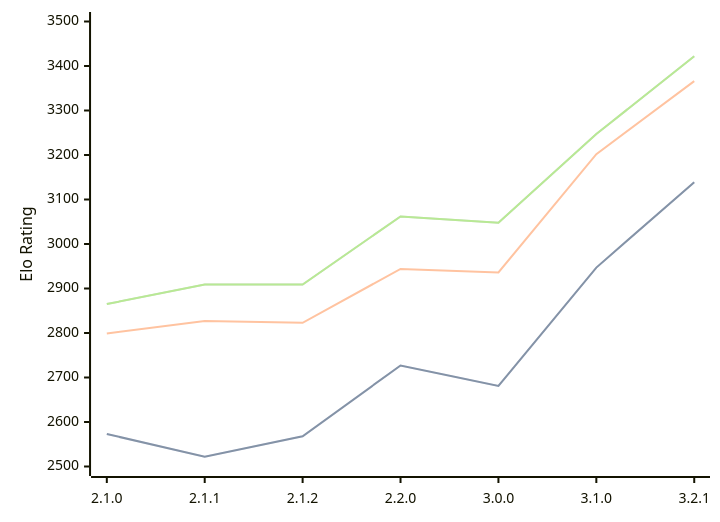
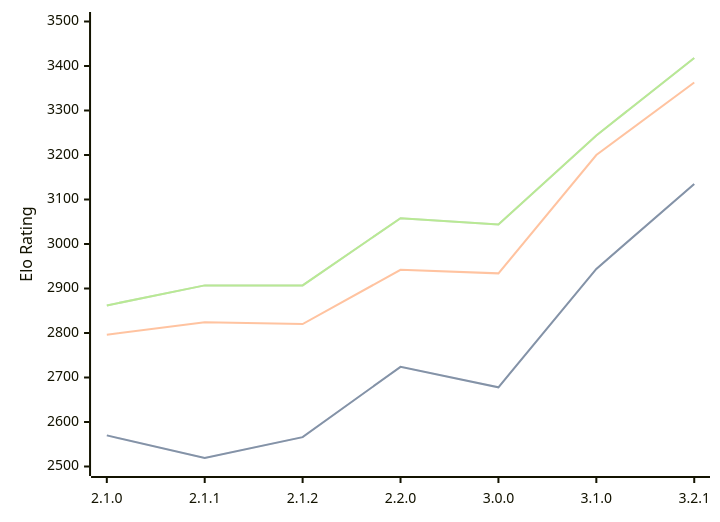
One commit to computer-chess-index/cci changed the diagram in engines/Prune.md. Above: the diagram before and after it, drawn with Mermaid. The commit also changed other lines of this file, not shown here.

Commit message:
Update CCI Ratings (ELO VLTC) - 2026-04-23

````diff
--- a/engines/Prune.md
+++ b/engines/Prune.md
@@ -42,11 +42,11 @@
 ```mermaid
 %%{init: {"theme":"base","themeVariables":{"seriesColors:['#a3a3a3','#222221','#faa371']}}}%%
 xychart-beta
   x-axis ["2.1.0", "2.1.1", "2.1.2", "2.2.0", "3.0.0", "3.1.0", "3.2.1"]
   y-axis "Elo Rating" 2500 --> 3500
-  line "STC (8.0+0.08s)" [2573, 2522, 2568, 2727, 2681, 2947, 3139]
-  line "STC (8.0+0.08s)" [2573, 2522, 2568, 2727, 2681, 2947, 3139]
-  line "LTC (60.0+0.60s)" [2799, 2827, 2823, 2944, 2936, 3202, 3366]
-  line "VLTC (2m24s+1.12s)" [2865, 2909, 2909, 3062, 3048, 3247, 3422]
-  line "VLTC (2m24s+1.12s)" [2865, 2909, 2909, 3062, 3048, 3247, 3422]
+  line "STC (8.0+0.08s)" [2570, 2519, 2566, 2724, 2678, 2944, 3135]
+  line "STC (8.0+0.08s)" [2570, 2519, 2566, 2724, 2678, 2944, 3135]
+  line "LTC (60.0+0.60s)" [2796, 2824, 2820, 2942, 2934, 3200, 3363]
+  line "VLTC (2m24s+1.12s)" [2862, 2907, 2907, 3058, 3044, 3244, 3418]
+  line "VLTC (2m24s+1.12s)" [2862, 2907, 2907, 3058, 3044, 3244, 3418]
 ```
````
